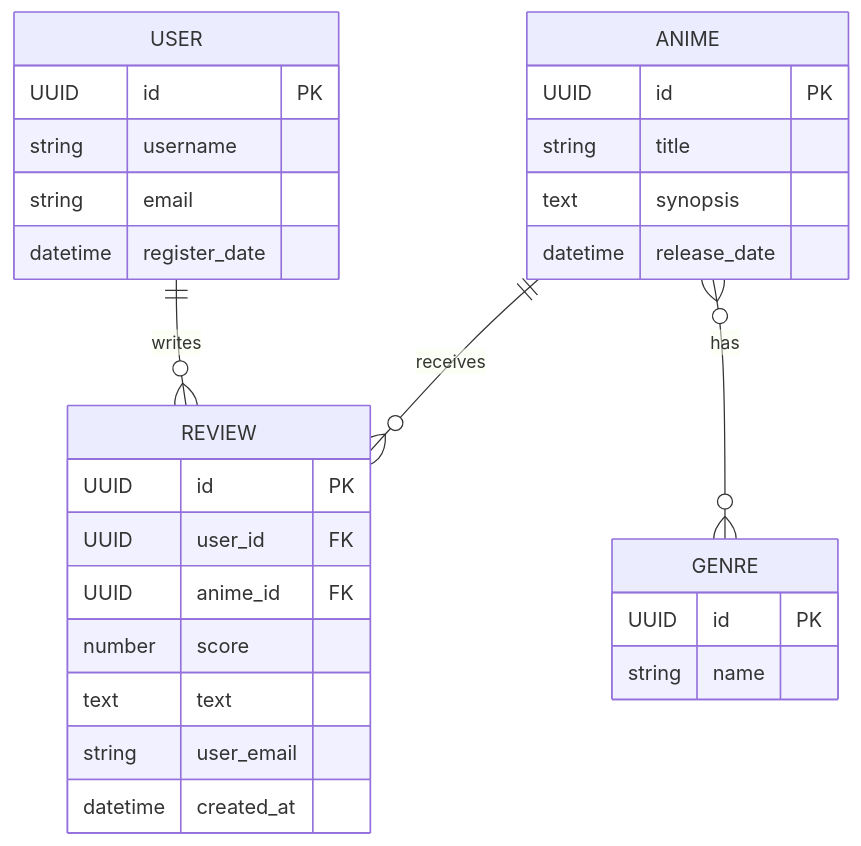
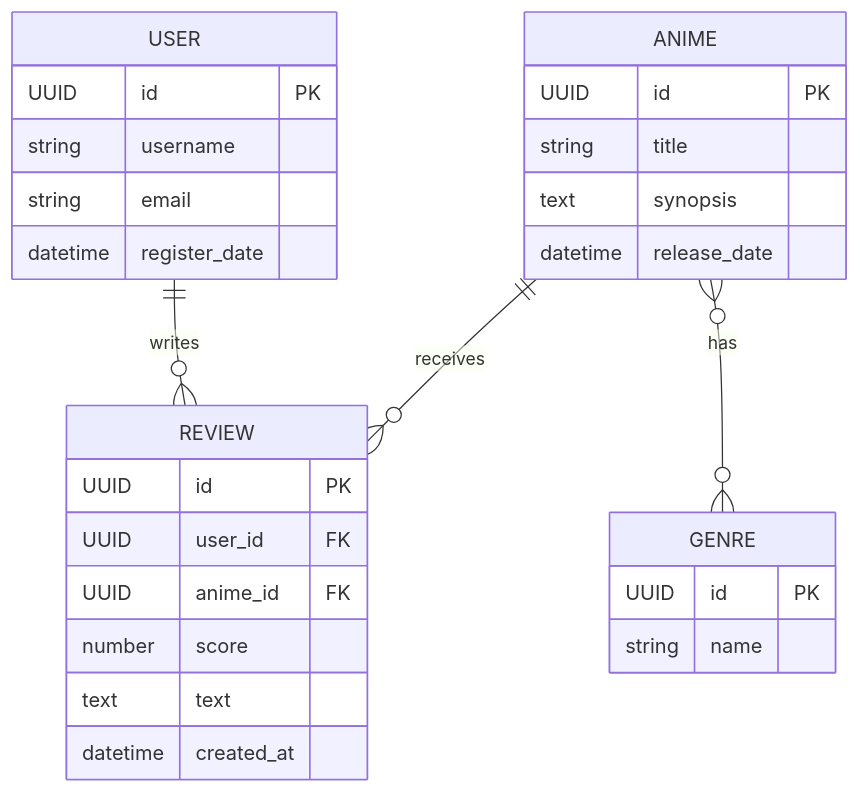
The diagram in model.md (SpikyCactus7/anime-tracking-system), drawn with Mermaid before and after one commit. The commit also changed 2 other files, not shown here.

Commit message:
Removed redundant attribute to follow 3NF

````diff
--- a/model.md
+++ b/model.md
@@ -1,35 +1,34 @@
 ```mermaid
 erDiagram
     USER {
         UUID id PK
         string username
         string email
         datetime register_date
     }
 
     ANIME {
         UUID id PK
         string title
         text synopsis
         datetime release_date
     }
 
     REVIEW {
         UUID id PK
         UUID user_id FK
         UUID anime_id FK
         number score
         text text
-        string user_email
         datetime created_at
     }
 
     GENRE {
         UUID id PK
         string name
     }
 
     USER ||--o{ REVIEW : writes
     ANIME ||--o{ REVIEW : receives
     ANIME }o--o{ GENRE : has
 ```
````
